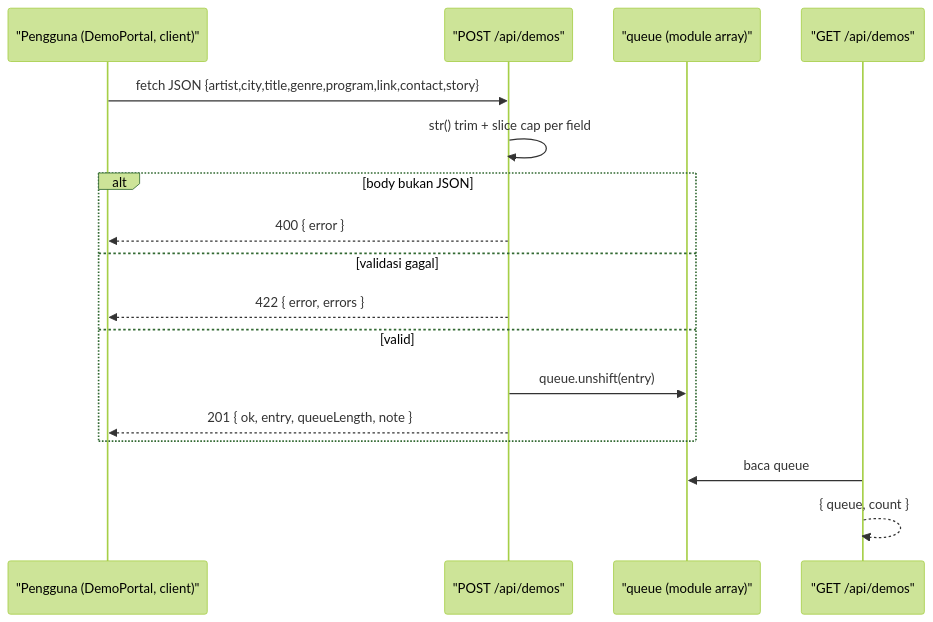
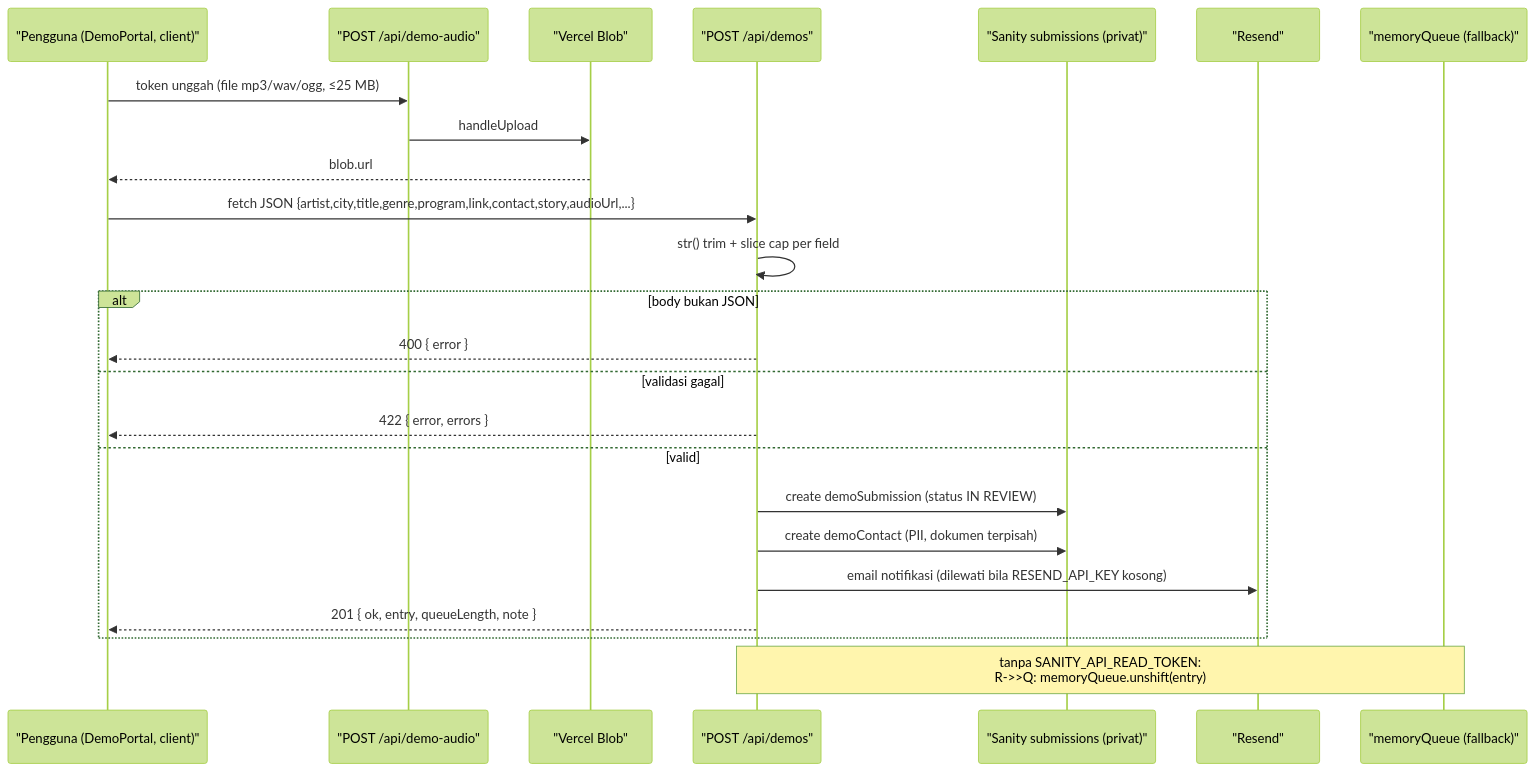
Before and after one commit to albiruby/melodialam-website: the sixth of 6 diagrams in docs/ARCHITECTURE.md, drawn with Mermaid (forest theme). The commit also changed other lines of this file and 23 other files, not shown here.

````diff
--- a/docs/ARCHITECTURE.md
+++ b/docs/ARCHITECTURE.md
@@ -464,20 +610,27 @@
 ```mermaid
 sequenceDiagram
-  participant User as "Pengguna (DemoPortal, client)"
-  participant Route as "POST /api/demos"
-  participant Store as "queue (module array)"
-  participant Reader as "GET /api/demos"
+  participant U as "Pengguna (DemoPortal, client)"
+  participant AU as "POST /api/demo-audio"
+  participant BL as "Vercel Blob"
+  participant R as "POST /api/demos"
+  participant SC as "Sanity submissions (privat)"
+  participant EM as "Resend"
+  participant Q as "memoryQueue (fallback)"
 
-  User->>Route: fetch JSON {artist,city,title,genre,program,link,contact,story}
-  Route->>Route: str() trim + slice cap per field
+  U->>AU: token unggah (file mp3/wav/ogg, ≤25 MB)
+  AU->>BL: handleUpload
+  BL-->>U: blob.url
+  U->>R: fetch JSON {artist,city,title,genre,program,link,contact,story,audioUrl,...}
+  R->>R: str() trim + slice cap per field
   alt body bukan JSON
-    Route-->>User: 400 { error }
+    R-->>U: 400 { error }
   else validasi gagal
-    Route-->>User: 422 { error, errors }
+    R-->>U: 422 { error, errors }
   else valid
-    Route->>Store: queue.unshift(entry)
-    Route-->>User: 201 { ok, entry, queueLength, note }
+    R->>SC: create demoSubmission (status IN REVIEW)
+    R->>SC: create demoContact (PII, dokumen terpisah)
+    R->>EM: email notifikasi (dilewati bila RESEND_API_KEY kosong)
+    R-->>U: 201 { ok, entry, queueLength, note }
   end
-  Reader->>Store: baca queue
-  Reader-->>Reader: { queue, count }
+  Note over R,Q: tanpa SANITY_API_READ_TOKEN:<br/>R->>Q: memoryQueue.unshift(entry)
 ```
````
